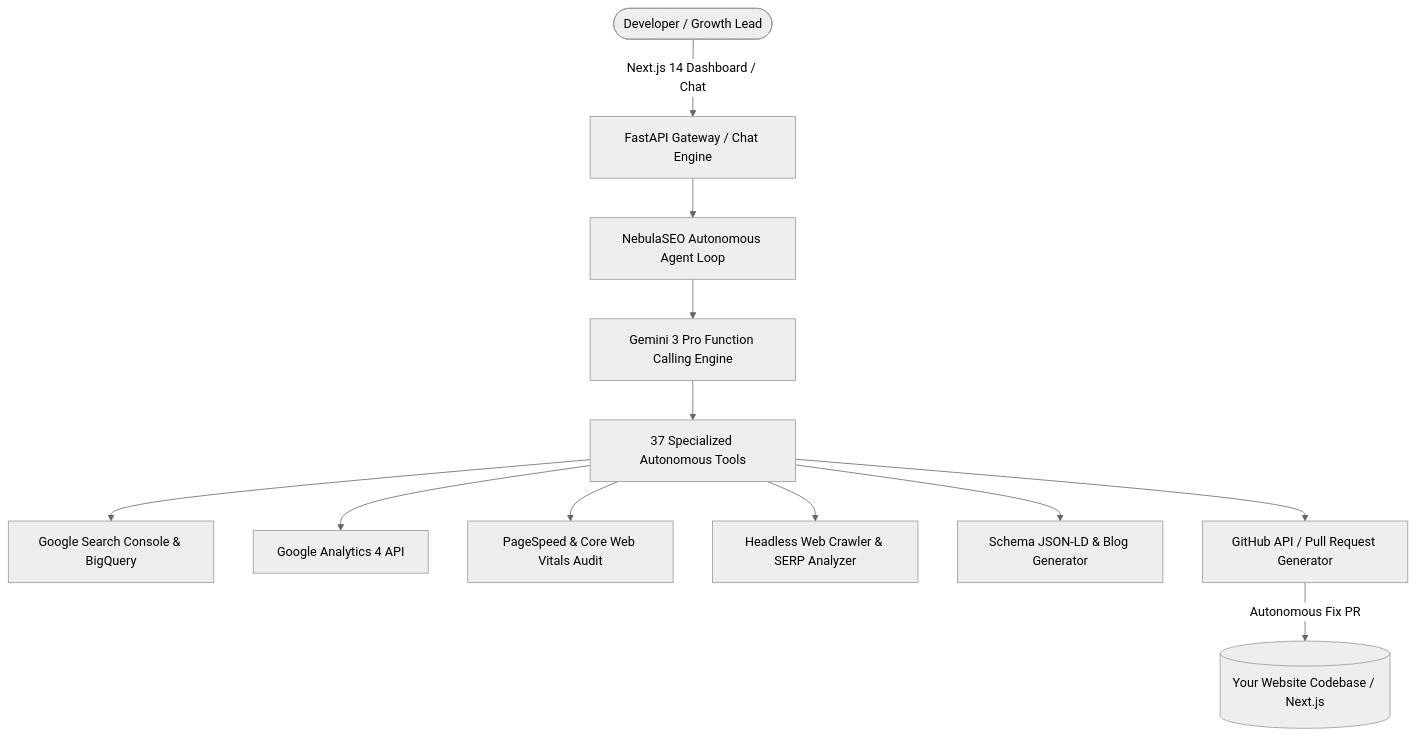
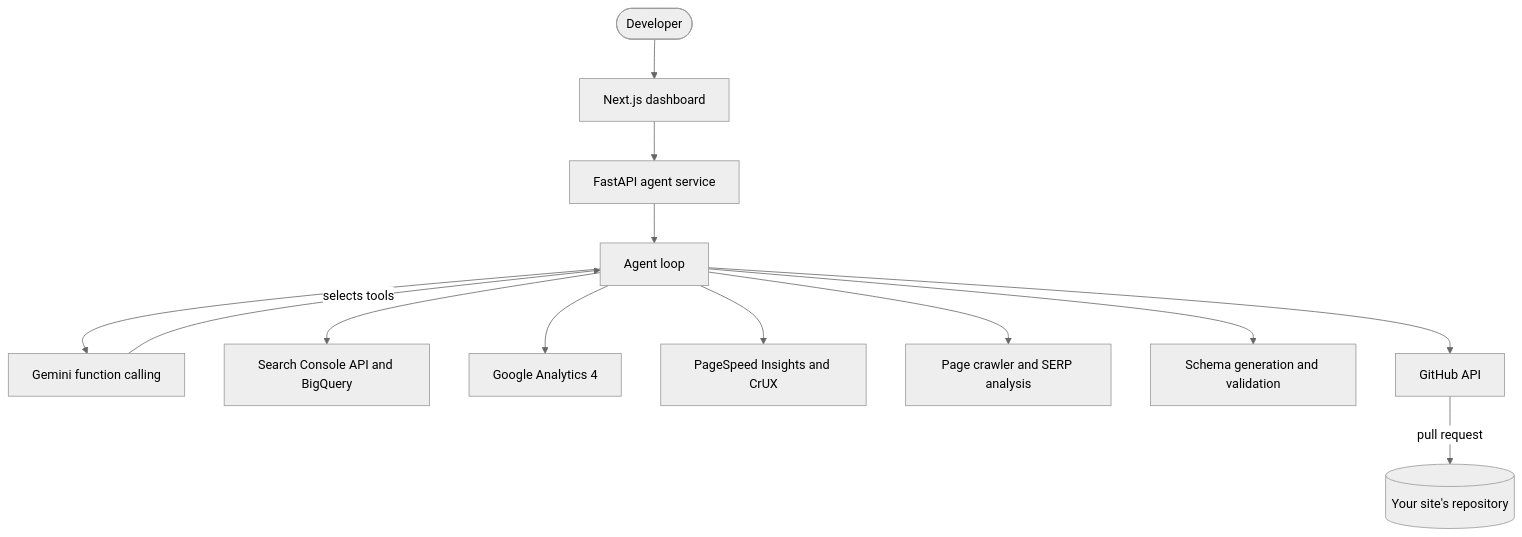
The diagram in README.md (Vmnebula/NebulaSeo), drawn with Mermaid (neutral theme) before and after one commit. The commit also changed other lines of this file and 13 other files, not shown here.

````diff
--- a/README.md
+++ b/README.md
@@ -15,17 +197,17 @@
 ```mermaid
 graph TD
-    User([Developer / Growth Lead]) -->|Next.js 14 Dashboard / Chat| API[FastAPI Gateway / Chat Engine]
-    API --> Agent[NebulaSEO Autonomous Agent Loop]
-    Agent --> Gemini[Gemini 3 Pro Function Calling Engine]
-    
-    Gemini --> Tools[37 Specialized Autonomous Tools]
-    
-    Tools --> GSC[Google Search Console & BigQuery]
-    Tools --> GA4[Google Analytics 4 API]
-    Tools --> Audit[PageSpeed & Core Web Vitals Audit]
-    Tools --> Crawler[Headless Web Crawler & SERP Analyzer]
-    Tools --> Content[Schema JSON-LD & Blog Generator]
-    Tools --> GitHub[GitHub API / Pull Request Generator]
-    
-    GitHub -->|Autonomous Fix PR| Repo[(Your Website Codebase / Next.js)]
+    User([Developer]) --> Dashboard[Next.js dashboard]
+    Dashboard --> API[FastAPI agent service]
+    API --> Loop[Agent loop]
+    Loop --> Gemini[Gemini function calling]
+    Gemini -->|selects tools| Loop
+
+    Loop --> GSC[Search Console API and BigQuery]
+    Loop --> GA4[Google Analytics 4]
+    Loop --> PSI[PageSpeed Insights and CrUX]
+    Loop --> Crawl[Page crawler and SERP analysis]
+    Loop --> Schema[Schema generation and validation]
+    Loop --> GitHub[GitHub API]
+
+    GitHub -->|pull request| Repo[(Your site's repository)]
 ```
````
